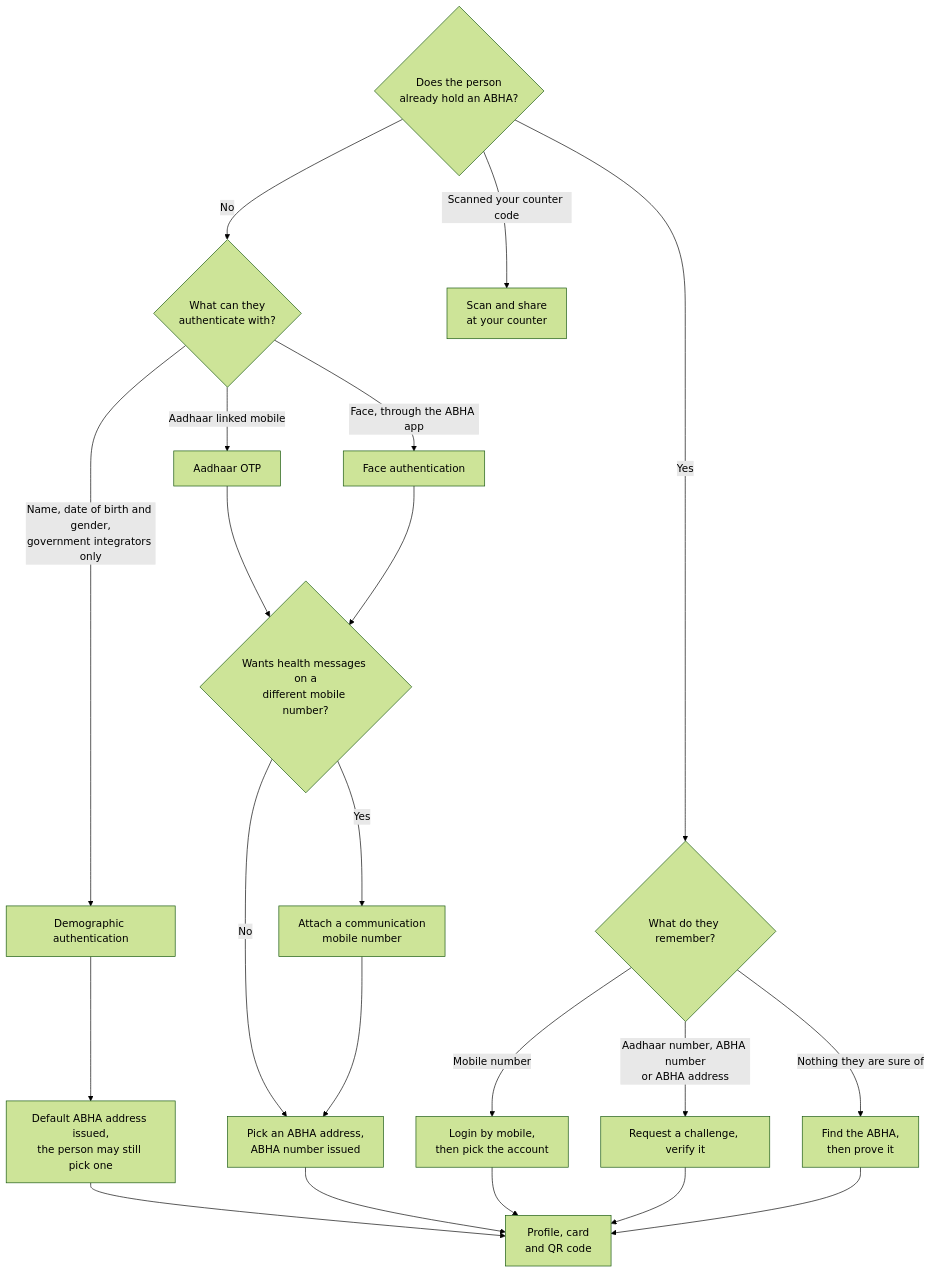
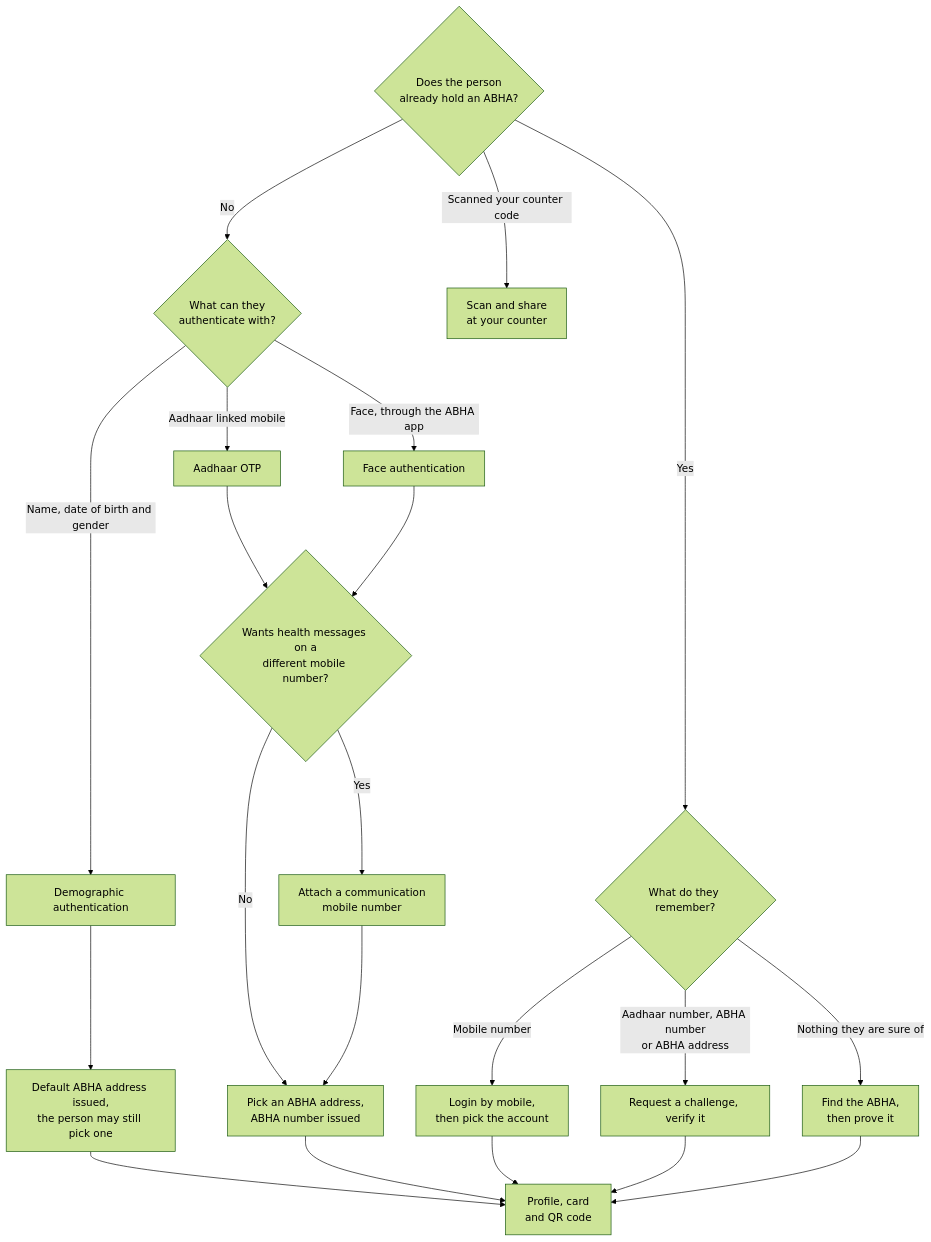
Before and after one commit to nha-in/docs: the first of 10 diagrams in site/docs/hiecm/v3/milestones/m1.mdx, drawn with Mermaid (forest theme). The commit also changed other lines of this file and 23 other files, not shown here.

````diff
--- a/site/docs/hiecm/v3/milestones/m1.mdx
+++ b/site/docs/hiecm/v3/milestones/m1.mdx
@@ -145,24 +135,24 @@
 ```mermaid
 flowchart TD
     A{"Does the person<br/>already hold an ABHA?"}
     A -- "No" --> B{"What can they<br/>authenticate with?"}
     B -- "Aadhaar linked mobile" --> J1["Aadhaar OTP"]
     B -- "Face, through the ABHA app" --> J2["Face authentication"]
-    B -- "Name, date of birth and gender,<br/>government integrators only" --> J3["Demographic authentication"]
+    B -- "Name, date of birth and gender" --> J3["Demographic authentication"]
     J1 --> M{"Wants health messages on a<br/>different mobile number?"}
     J2 --> M
     J3 --> DEF["Default ABHA address issued,<br/>the person may still pick one"]
     DEF --> J7
     M -- "Yes" --> J4["Attach a communication<br/>mobile number"]
     M -- "No" --> ADDR["Pick an ABHA address,<br/>ABHA number issued"]
     J4 --> ADDR
     A -- "Yes" --> C{"What do they remember?"}
     C -- "Mobile number" --> J5["Login by mobile,<br/>then pick the account"]
     C -- "Aadhaar number, ABHA number<br/>or ABHA address" --> L["Request a challenge, verify it"]
     C -- "Nothing they are sure of" --> J6["Find the ABHA,<br/>then prove it"]
     A -- "Scanned your counter code" --> J8["Scan and share<br/>at your counter"]
     ADDR --> J7["Profile, card<br/>and QR code"]
     J5 --> J7
     L --> J7
     J6 --> J7
 ```
````
